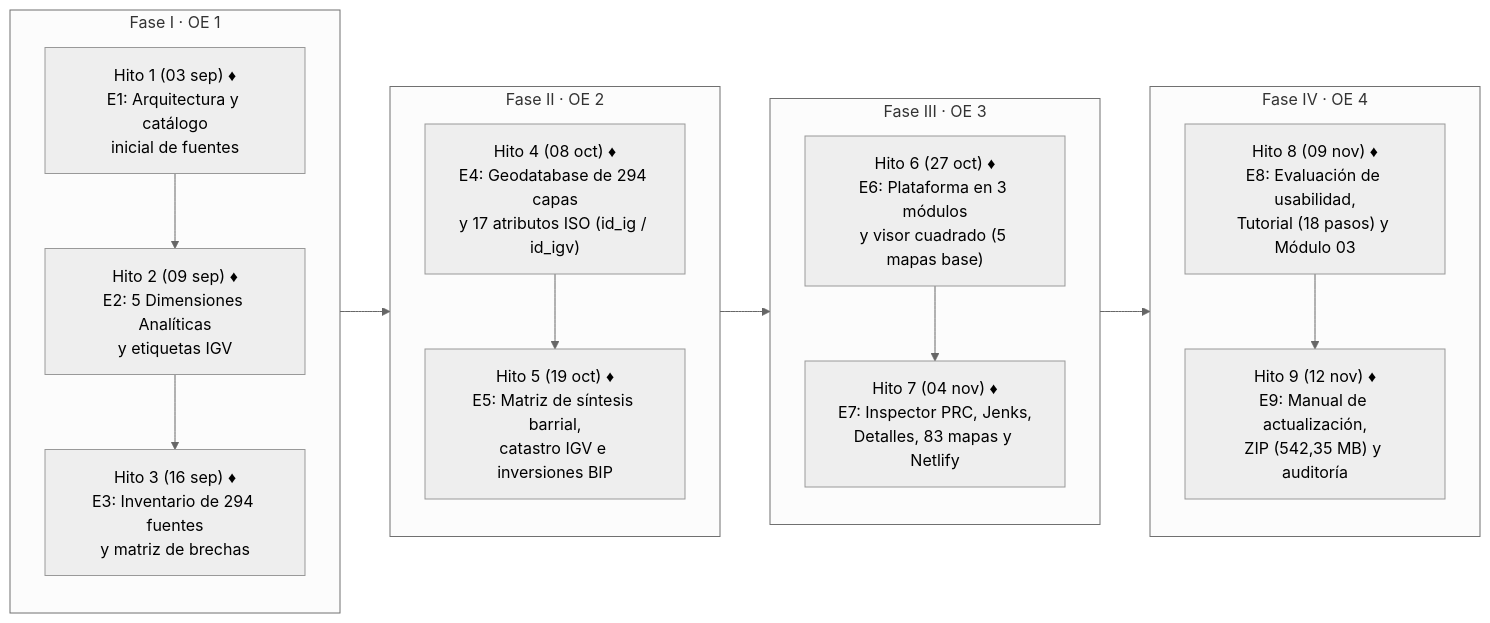
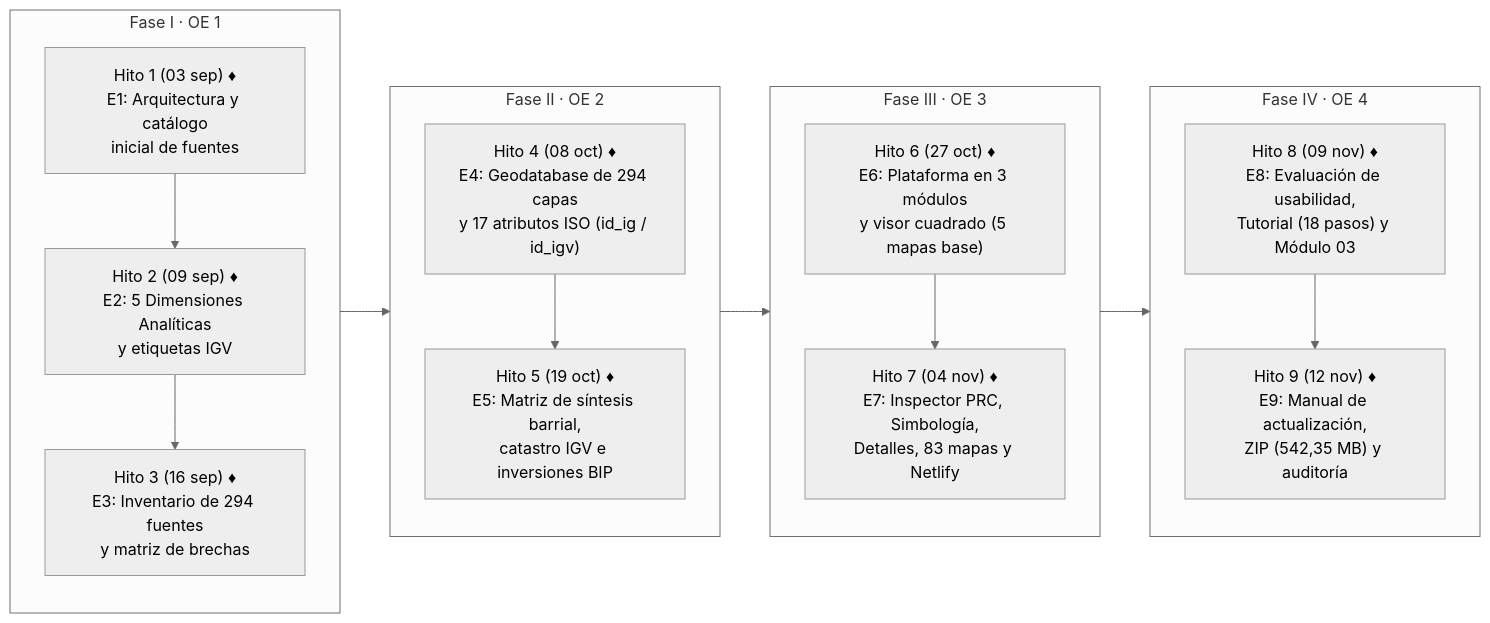
The fourth of 7 diagrams in src/docs/MANUAL_ACTUALIZACION_ATLAS.md (GEOJOTA/atlas-vgi-barrio-brasil), drawn with Mermaid (neutral theme) before and after one commit. The commit also changed other lines of this file and 29 other files, not shown here.

````diff
--- a/src/docs/MANUAL_ACTUALIZACION_ATLAS.md
+++ b/src/docs/MANUAL_ACTUALIZACION_ATLAS.md
@@ -193,20 +193,20 @@
 ```mermaid
 flowchart LR
     subgraph F1["Fase I · OE 1"]
         H1["Hito 1 (03 sep) ♦\nE1: Arquitectura y catálogo\ninicial de fuentes"] --> H2["Hito 2 (09 sep) ♦\nE2: 5 Dimensiones Analíticas\ny etiquetas IGV"] --> H3["Hito 3 (16 sep) ♦\nE3: Inventario de 294 fuentes\ny matriz de brechas"]
     end
 
     subgraph F2["Fase II · OE 2"]
         H4["Hito 4 (08 oct) ♦\nE4: Geodatabase de 294 capas\ny 17 atributos ISO (id_ig / id_igv)"] --> H5["Hito 5 (19 oct) ♦\nE5: Matriz de síntesis barrial,\ncatastro IGV e inversiones BIP"]
     end
 
     subgraph F3["Fase III · OE 3"]
-        H6["Hito 6 (27 oct) ♦\nE6: Plataforma en 3 módulos\ny visor cuadrado (5 mapas base)"] --> H7["Hito 7 (04 nov) ♦\nE7: Inspector PRC, Jenks,\nDetalles, 83 mapas y Netlify"]
+        H6["Hito 6 (27 oct) ♦\nE6: Plataforma en 3 módulos\ny visor cuadrado (5 mapas base)"] --> H7["Hito 7 (04 nov) ♦\nE7: Inspector PRC, Simbología,\nDetalles, 83 mapas y Netlify"]
     end
 
     subgraph F4["Fase IV · OE 4"]
         H8["Hito 8 (09 nov) ♦\nE8: Evaluación de usabilidad,\nTutorial (18 pasos) y Módulo 03"] --> H9["Hito 9 (12 nov) ♦\nE9: Manual de actualización,\nZIP (542,35 MB) y auditoría"]
     end
 
     F1 --> F2 --> F3 --> F4
 ```
````
